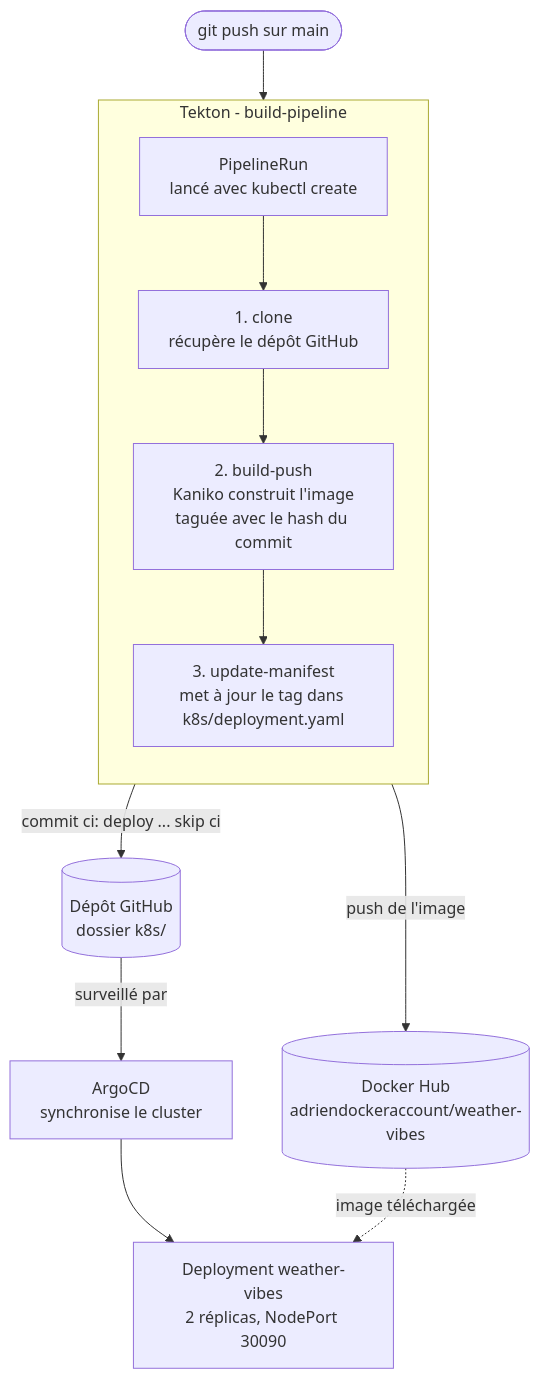
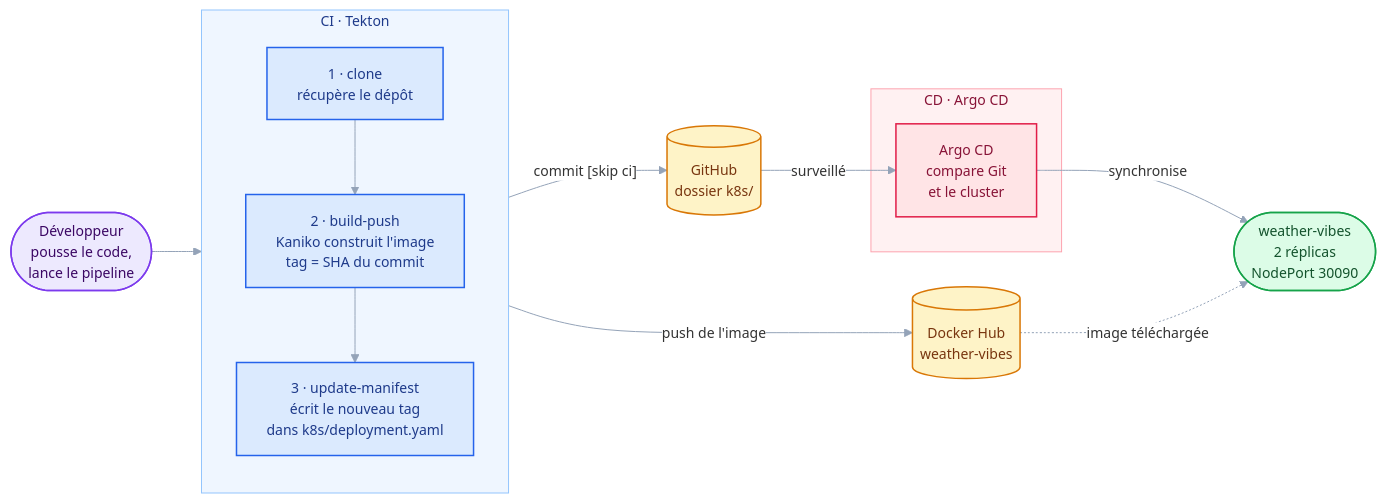
One commit to ramanantsoa009-rgb/weather-vibes changed the diagram in README.md. Above: the diagram before and after it, drawn with Mermaid. The commit also changed other lines of this file, not shown here.

````diff
--- a/README.md
+++ b/README.md
@@ -61,18 +88,44 @@
 ```mermaid
-flowchart TD
-    dev([git push sur main]) --> run
+%%{init: {"theme": "base", "themeVariables": {"fontFamily": "Inter, Segoe UI, Helvetica, Arial, sans-serif", "fontSize": "14px", "lineColor": "#94a3b8", "clusterBkg": "#f8fafc", "clusterBorder": "#cbd5e1", "edgeLabelBackground": "#ffffff"}}}%%
+flowchart LR
+    dev(["Développeur<br/>pousse le code,<br/>lance le pipeline"])
 
-    subgraph tekton [Tekton - build-pipeline]
+    subgraph CI["CI  ·  Tekton"]
         direction TB
-        run[PipelineRun<br/>lancé avec kubectl create] --> clone[1. clone<br/>récupère le dépôt GitHub]
-        clone --> build[2. build-push<br/>Kaniko construit l'image<br/>taguée avec le hash du commit]
-        build --> update[3. update-manifest<br/>met à jour le tag dans k8s/deployment.yaml]
+        clone["1 · clone<br/>récupère le dépôt"]
+        build["2 · build-push<br/>Kaniko construit l'image<br/>tag = SHA du commit"]
+        update["3 · update-manifest<br/>écrit le nouveau tag<br/>dans k8s/deployment.yaml"]
+        clone --> build --> update
     end
 
-    build -- push de l'image --> hub[(Docker Hub<br/>adriendockeraccount/weather-vibes)]
-    update -- commit ci: deploy ... skip ci --> repo[(Dépôt GitHub<br/>dossier k8s/)]
+    hub[("Docker Hub<br/>weather-vibes")]
+    repo[("GitHub<br/>dossier k8s/")]
 
-    repo -- surveillé par --> argo[ArgoCD<br/>synchronise le cluster]
-    argo --> cluster[Deployment weather-vibes<br/>2 réplicas, NodePort 30090]
-    hub -. image téléchargée .-> cluster
+    subgraph CD["CD  ·  Argo CD"]
+        argo["Argo CD<br/>compare Git<br/>et le cluster"]
+    end
+
+    app(["weather-vibes<br/>2 réplicas<br/>NodePort 30090"])
+
+    dev --> clone
+    build -- "push de l'image" --> hub
+    update -- "commit [skip ci]" --> repo
+    repo -- "surveillé" --> argo
+    argo -- "synchronise" --> app
+    hub -. "image téléchargée" .-> app
+
+    classDef actor  fill:#ede9fe,stroke:#7c3aed,color:#3b0764,stroke-width:1.5px
+    classDef ci     fill:#dbeafe,stroke:#2563eb,color:#1e3a8a,stroke-width:1.5px
+    classDef store  fill:#fef3c7,stroke:#d97706,color:#78350f,stroke-width:1.5px
+    classDef cd     fill:#ffe4e6,stroke:#e11d48,color:#881337,stroke-width:1.5px
+    classDef runapp fill:#dcfce7,stroke:#16a34a,color:#14532d,stroke-width:1.5px
+
+    class dev actor
+    class clone,build,update ci
+    class hub,repo store
+    class argo cd
+    class app runapp
+
+    style CI fill:#eff6ff,stroke:#93c5fd,color:#1e3a8a
+    style CD fill:#fff1f2,stroke:#fda4af,color:#881337
 ```
````
